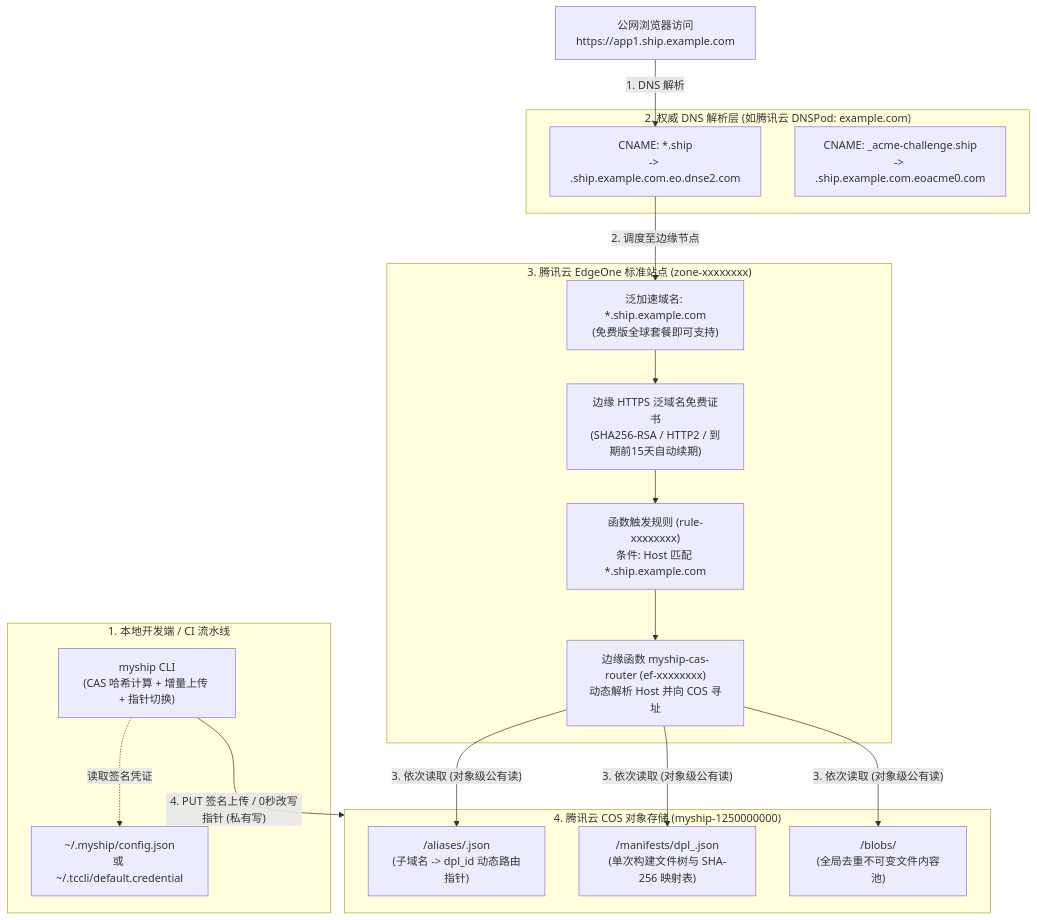
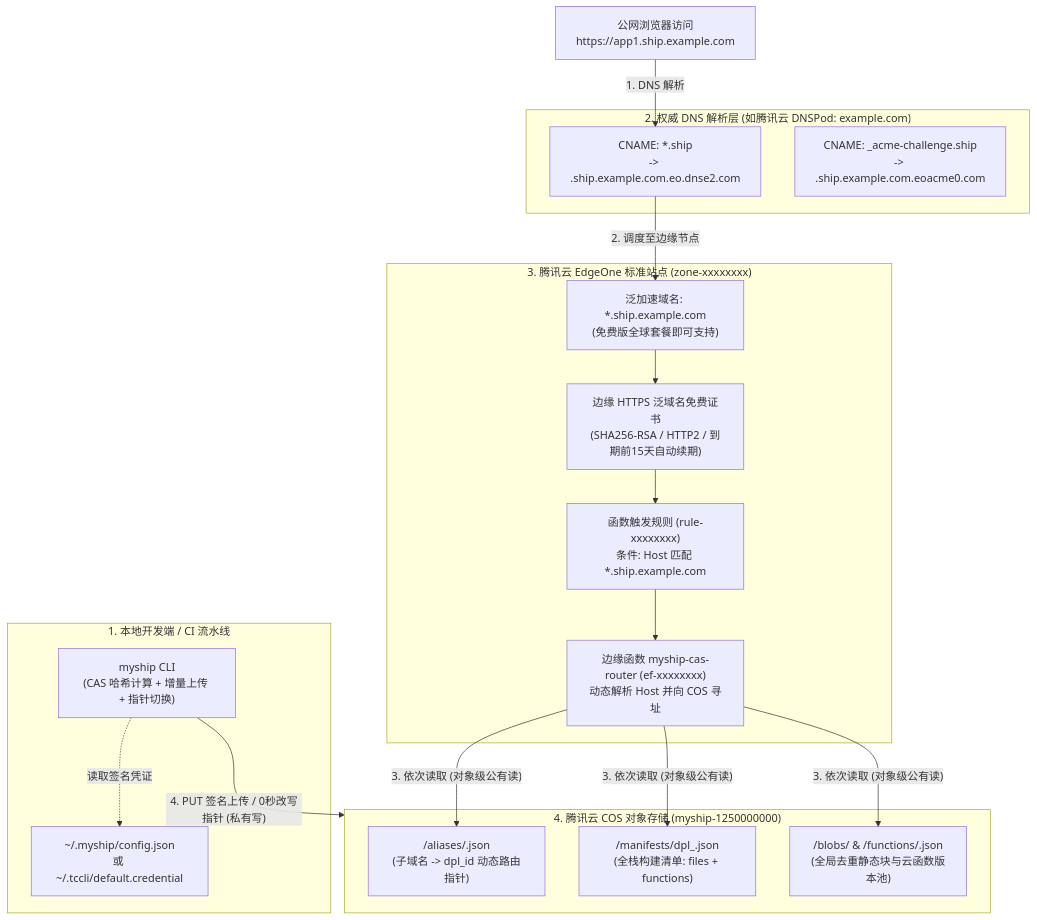
One commit to huxy2023/myship changed the diagram in docs/02-self-hosting-guide.md. Above: the diagram before and after it, drawn with Mermaid. The commit also changed other lines of this file and 3 other files, not shown here.

````diff
--- a/docs/02-self-hosting-guide.md
+++ b/docs/02-self-hosting-guide.md
@@ -9,32 +9,32 @@
 ```mermaid
 flowchart TB
     subgraph Local["1. 本地开发端 / CI 流水线"]
         CLI["myship CLI<br/>(CAS 哈希计算 + 增量上传 + 指针切换)"]
         Config["~/.myship/config.json<br/>或 ~/.tccli/default.credential"]
         CLI -. "读取签名凭证" .-> Config
     end
 
     subgraph DNS["2. 权威 DNS 解析层 (如腾讯云 DNSPod: example.com)"]
         DNS_Wild["CNAME: *.ship<br/>-> <your-zone>.ship.example.com.eo.dnse2.com"]
         DNS_ACME["CNAME: _acme-challenge.ship<br/>-> <your-zone>.ship.example.com.eoacme0.com"]
     end
 
     subgraph EdgeOne["3. 腾讯云 EdgeOne 标准站点 (zone-xxxxxxxx)"]
         EO_Domain["泛加速域名: *.ship.example.com<br/>(免费版全球套餐即可支持)"]
         EO_Cert["边缘 HTTPS 泛域名免费证书<br/>(SHA256-RSA / HTTP2 / 到期前15天自动续期)"]
         EO_Rule["函数触发规则 (rule-xxxxxxxx)<br/>条件: Host 匹配 *.ship.example.com"]
         EO_Func["边缘函数 myship-cas-router (ef-xxxxxxxx)<br/>动态解析 Host 并向 COS 寻址"]
         EO_Domain --> EO_Cert --> EO_Rule --> EO_Func
     end
 
     subgraph COS["4. 腾讯云 COS 对象存储 (myship-1250000000)"]
         COS_Aliases["/aliases/<subdomain>.json<br/>(子域名 -> dpl_id 动态路由指针)"]
-        COS_Manifests["/manifests/dpl_<id>.json<br/>(单次构建文件树与 SHA-256 映射表)"]
-        COS_Blobs["/blobs/<sha256><br/>(全局去重不可变文件内容池)"]
+        COS_Manifests["/manifests/dpl_<id>.json<br/>(全栈构建清单: files + functions)"]
+        COS_Blobs["/blobs/<sha256> & /functions/<sha256>.json<br/>(全局去重静态块与云函数版本池)"]
     end
 
     User["公网浏览器访问<br/>https://app1.ship.example.com"] -- "1. DNS 解析" --> DNS_Wild
     DNS_Wild -- "2. 调度至边缘节点" --> EO_Domain
     EO_Func -- "3. 依次读取 (对象级公有读)" --> COS_Aliases & COS_Manifests & COS_Blobs
     CLI -- "4. PUT 签名上传 / 0秒改写指针 (私有写)" --> COS
 ```
````
